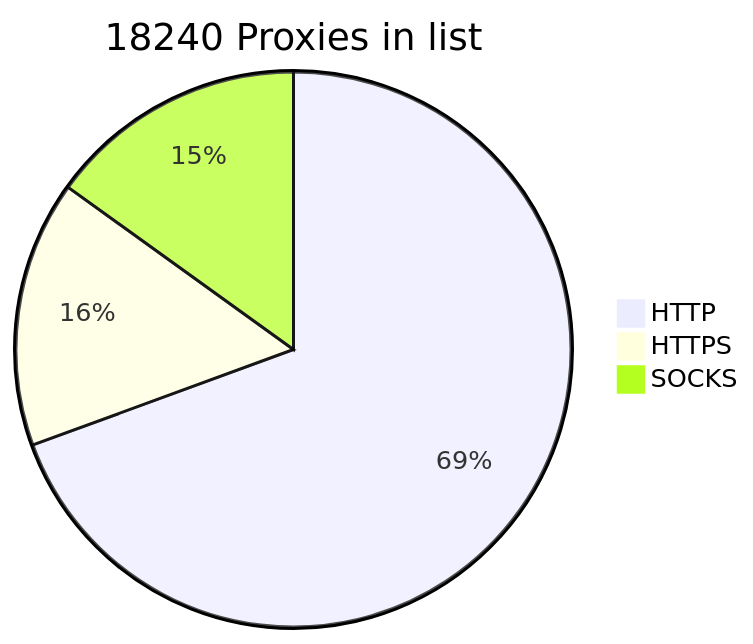
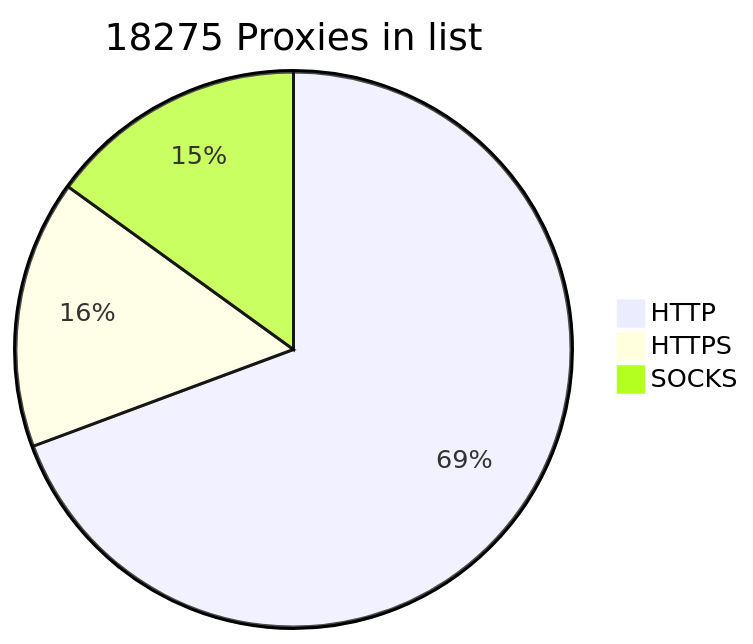
Before and after one commit to BlackSnowDot/proxylist-update-every-minute: the diagram in README.md, drawn with Mermaid. The commit also changed other lines of this file, not shown here.

````diff
--- a/README.md
+++ b/README.md
@@ -2,6 +2,6 @@
 ```mermaid
-pie title 18240 Proxies in list
-    "HTTP" : 13648
-    "HTTPS": 3051
-    "SOCKS" : 2963
+pie title 18275 Proxies in list
+    "HTTP" : 13668
+    "HTTPS": 3079
+    "SOCKS" : 2965
 ```
````
